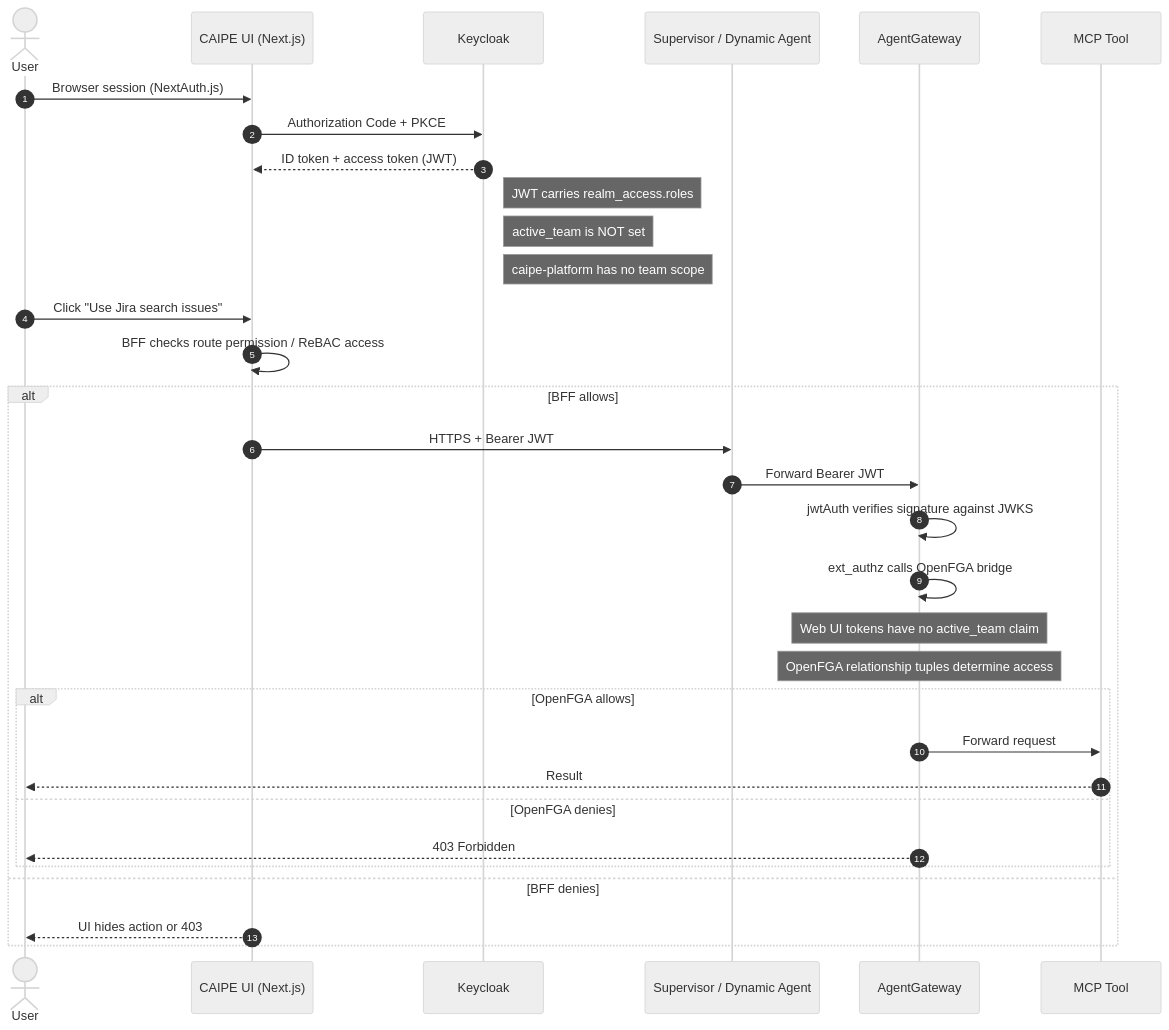
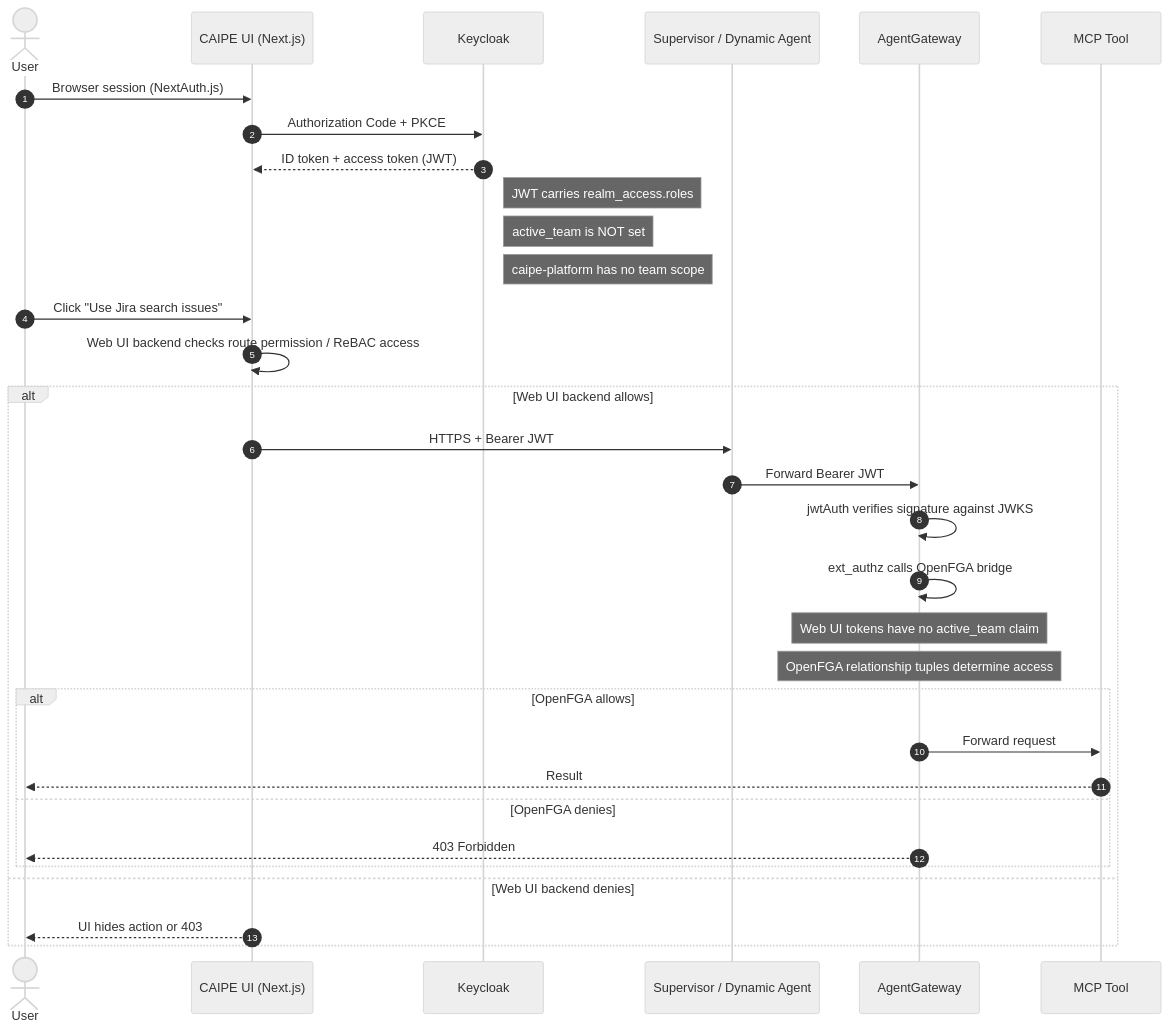
Before and after one commit to cnoe-io/ai-platform-engineering: the third of 5 diagrams in docs/docs/security/rbac/roles-scopes-comparison.md, drawn with Mermaid (neutral theme). The commit also changed other lines of this file and 204 other files, not shown here.

````diff
--- a/docs/docs/security/rbac/roles-scopes-comparison.md
+++ b/docs/docs/security/rbac/roles-scopes-comparison.md
@@ -397,36 +397,36 @@
 ```mermaid
 sequenceDiagram
     autonumber
     actor User
     participant UI as CAIPE UI (Next.js)
     participant KC as Keycloak
     participant SUP as Supervisor / Dynamic Agent
     participant AGW as AgentGateway
     participant MCP as MCP Tool
 
     User->>UI: Browser session (NextAuth.js)
     UI->>KC: Authorization Code + PKCE
     KC-->>UI: ID token + access token (JWT)
     Note right of KC: JWT carries realm_access.roles
     Note right of KC: active_team is NOT set
     Note right of KC: caipe-platform has no team scope
 
     User->>UI: Click "Use Jira search issues"
-    UI->>UI: BFF checks route permission / ReBAC access
-    alt BFF allows
+    UI->>UI: Web UI backend checks route permission / ReBAC access
+    alt Web UI backend allows
         UI->>SUP: HTTPS + Bearer JWT
         SUP->>AGW: Forward Bearer JWT
         AGW->>AGW: jwtAuth verifies signature against JWKS
         AGW->>AGW: ext_authz calls OpenFGA bridge
         Note over AGW: Web UI tokens have no active_team claim
         Note over AGW: OpenFGA relationship tuples determine access
         alt OpenFGA allows
             AGW->>MCP: Forward request
             MCP-->>User: Result
         else OpenFGA denies
             AGW-->>User: 403 Forbidden
         end
-    else BFF denies
+    else Web UI backend denies
         UI-->>User: UI hides action or 403
     end
 ```
````
